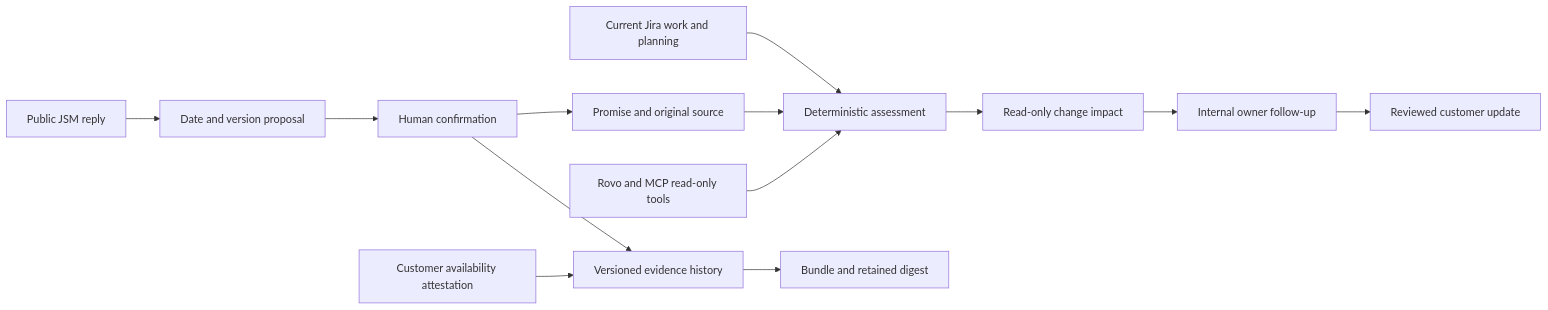
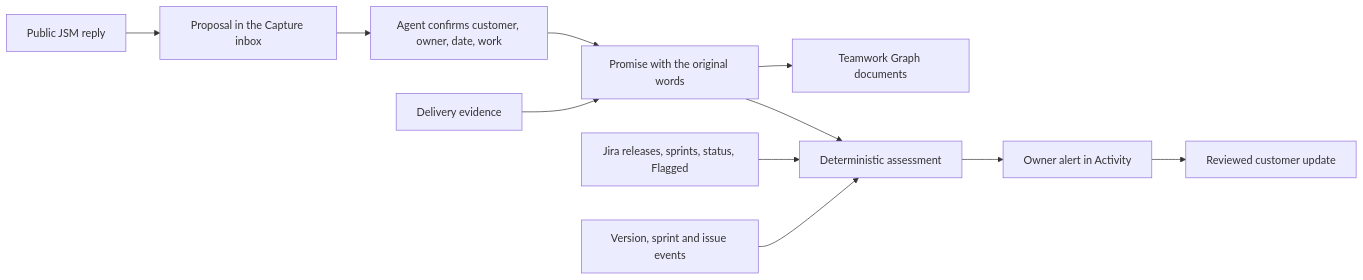
One commit to Marc-Dvci/kept changed the diagram in README.md. Above: the diagram before and after it, drawn with Mermaid. The commit also changed other lines of this file and 20 other files, not shown here.

````diff
--- a/README.md
+++ b/README.md
@@ -52,15 +95,13 @@
 ```mermaid
 flowchart LR
-  S[Public JSM reply] --> C[Date and version proposal]
-  C --> H[Human confirmation]
-  H --> P[Promise and original source]
-  J[Current Jira work and planning] --> F[Deterministic assessment]
-  P --> F
-  F --> I[Read-only change impact]
-  I --> A[Internal owner follow-up]
-  A --> D[Reviewed customer update]
-  H --> E[Versioned evidence history]
-  V[Customer availability attestation] --> E
-  E --> B[Bundle and retained digest]
-  R[Rovo and MCP read-only tools] --> F
+  R[Public JSM reply] --> P[Proposal in the Capture inbox]
+  P --> C[Agent confirms customer, owner, date, work]
+  C --> K[Promise with the original words]
+  J[Jira releases, sprints, status, Flagged] --> A[Deterministic assessment]
+  K --> A
+  V[Version, sprint and issue events] --> A
+  A --> O[Owner alert in Activity]
+  O --> U[Reviewed customer update]
+  E[Delivery evidence] --> K
+  K --> G[Teamwork Graph documents]
 ```
````
